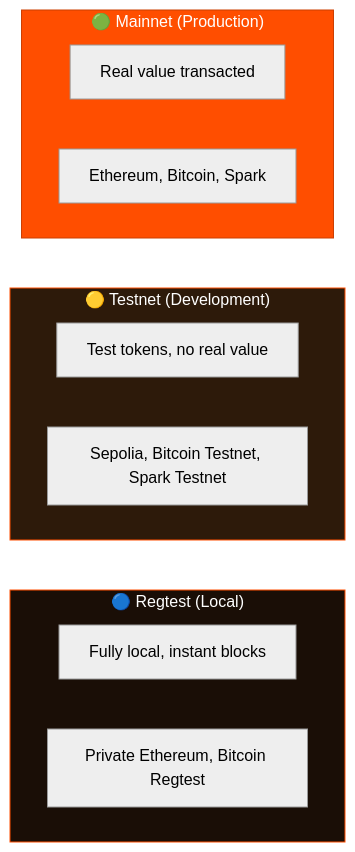
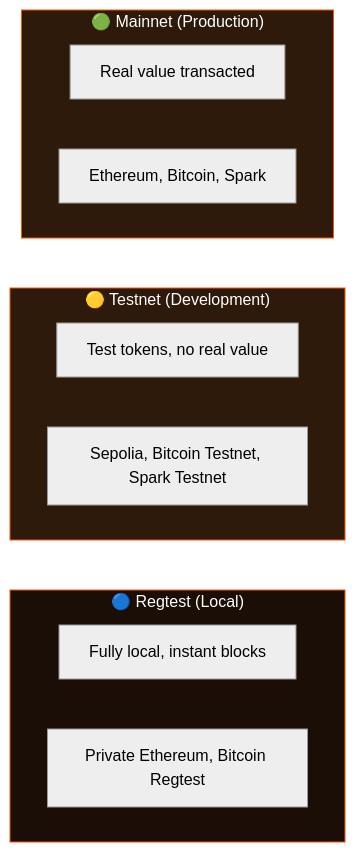
The fifth of 5 diagrams in resources/concepts.md (gatteo/wdk-docs), drawn with Mermaid (neutral theme) before and after one commit. The commit also changed other lines of this file and 16 other files, not shown here.

Commit message:
docs: replace all primary orange backgrounds with dark tones in diagrams

````diff
--- a/resources/concepts.md
+++ b/resources/concepts.md
@@ -252,24 +252,24 @@
 ```mermaid
 graph TD
     subgraph Mainnet["🟢 Mainnet (Production)"]
         M1["Real value transacted"]
         M2["Ethereum, Bitcoin, Spark"]
     end
 
     subgraph Testnet["🟡 Testnet (Development)"]
         T1["Test tokens, no real value"]
         T2["Sepolia, Bitcoin Testnet, Spark Testnet"]
     end
 
     subgraph Regtest["🔵 Regtest (Local)"]
         R1["Fully local, instant blocks"]
         R2["Private Ethereum, Bitcoin Regtest"]
     end
 
     Mainnet ~~~ Testnet
     Testnet ~~~ Regtest
 
-    style Mainnet fill:#FF4E00,stroke:#cc3e00,color:#fff
+    style Mainnet fill:#2d1a0a,stroke:#FF4E00,color:#fff
     style Testnet fill:#2d1a0a,stroke:#FF4E00,color:#fff
     style Regtest fill:#1a0e06,stroke:#FF4E00,color:#fff
 ```
````
